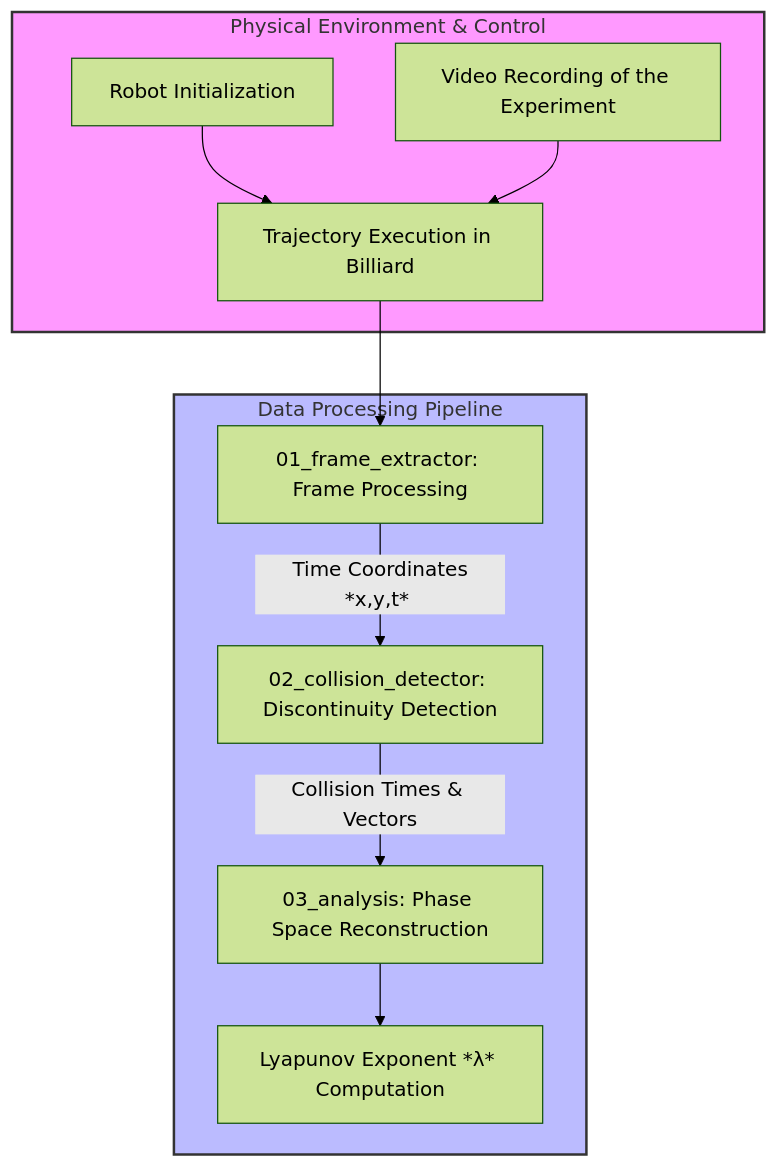
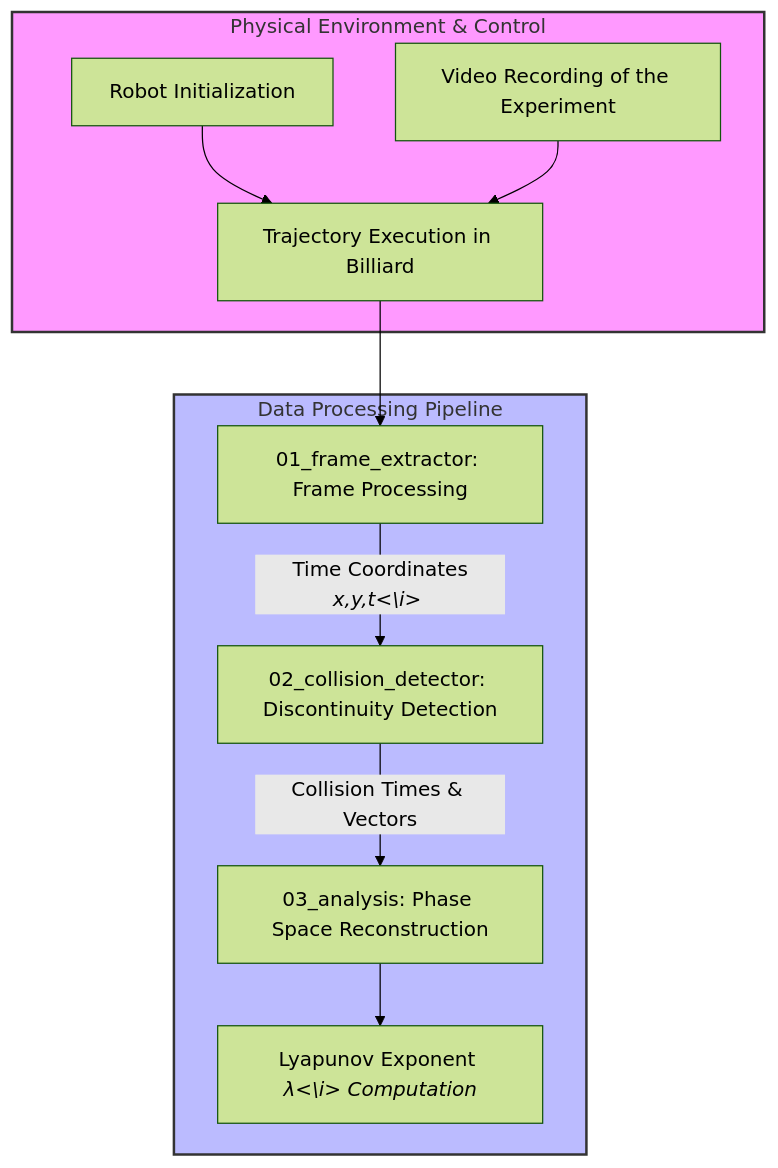
Before and after one commit to Kyrnthplus/Classical_Billiards_Dynamics_Using_an_Autonomous_Robot_and_Image_Analysis: the diagram in README.md, drawn with Mermaid (forest theme).

````diff
--- a/README.md
+++ b/README.md
@@ -30,17 +30,17 @@
 ```mermaid
 flowchart TD
     subgraph PhysicalExperiment [Physical Environment & Control]
         A[Robot Initialization] --> B[Trajectory Execution in Billiard]
         C[Video Recording of the Experiment] --> B
     end
 
     subgraph SoftwarePipeline [Data Processing Pipeline]
         B --> D[01_frame_extractor: Frame Processing]
-        D -->|&nbsp;Time Coordinates *x,y,t*&nbsp;| E[02_collision_detector: Discontinuity Detection]
+        D -->|&nbsp;Time Coordinates <i>x,y,t<\i>&nbsp;| E[02_collision_detector: Discontinuity Detection]
         E -->|Collision Times & Vectors| F[03_analysis: Phase Space Reconstruction]
-        F --> G[Lyapunov Exponent *&lambda;* Computation]
+        F --> G[Lyapunov Exponent <i>&lambda;<\i> Computation]
     end
 
     style PhysicalExperiment fill:#f9f,stroke:#333,stroke-width:2px
     style SoftwarePipeline fill:#bbf,stroke:#333,stroke-width:2px
 ```
````
